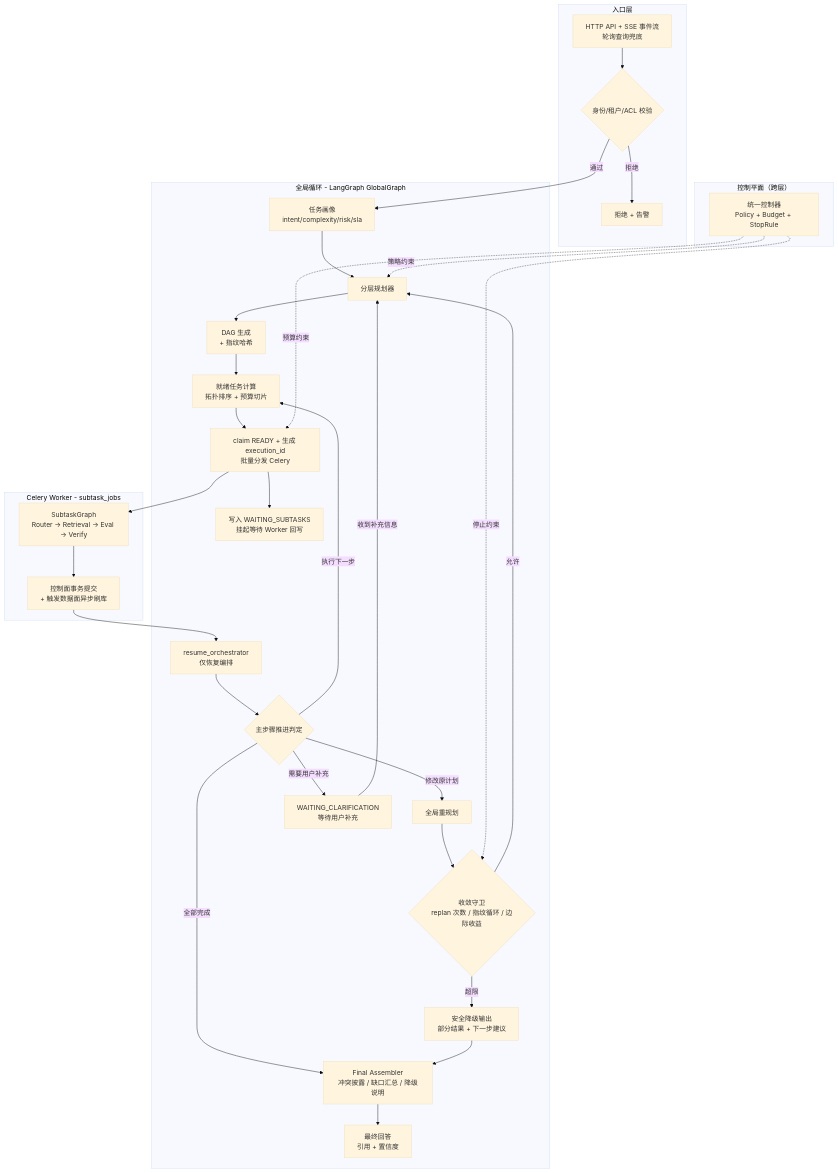
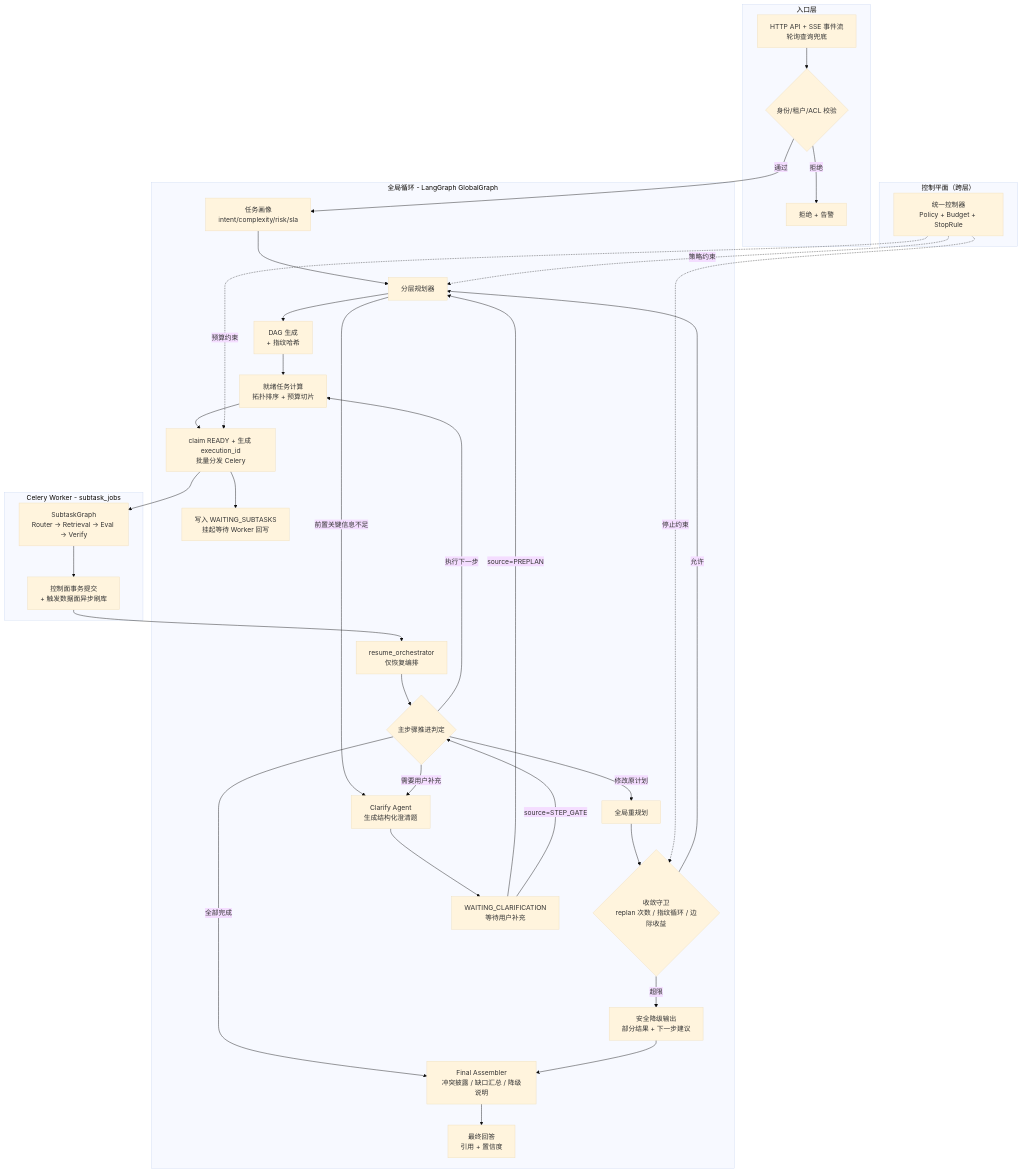
The first of 6 diagrams in src/learning_common_lib/案例/用户AgenticRAG检索/架构设计规划.md (kkk935208447/learning_common_lib), drawn with Mermaid (base theme) before and after one commit. The commit also changed other lines of this file and 1 other file, not shown here.

Commit message:
增加AgenticRAG 用户深度检索案例(multi agent) 文档更新

````diff
--- a/src/learning_common_lib/案例/用户AgenticRAG检索/架构设计规划.md
+++ b/src/learning_common_lib/案例/用户AgenticRAG检索/架构设计规划.md
@@ -48,53 +48,56 @@
 ```mermaid
 flowchart TB
     subgraph EntryLayer["入口层"]
         API["HTTP API + SSE 事件流<br/>轮询查询兜底"]
         Auth{"身份/租户/ACL 校验"}
         Denied["拒绝 + 告警"]
     end
 
     subgraph ControlPlane["控制平面（跨层）"]
         Ctrl["统一控制器<br/>Policy + Budget + StopRule"]
     end
 
     subgraph GlobalLoop["全局循环 - LangGraph GlobalGraph"]
         Intake["任务画像<br/>intent/complexity/risk/sla"]
         Planner["分层规划器"]
+        Clarify["Clarify Agent<br/>生成结构化澄清题"]
         DAG["DAG 生成<br/>+ 指纹哈希"]
         Scheduler["就绪任务计算<br/>拓扑排序 + 预算切片"]
         Executor["claim READY + 生成 execution_id<br/>批量分发 Celery"]
         Pause["写入 WAITING_SUBTASKS<br/>挂起等待 Worker 回写"]
         Resume["resume_orchestrator<br/>仅恢复编排"]
         StepGate{"主步骤推进判定"}
         GlobalReplan["全局重规划"]
         LoopGuard{"收敛守卫<br/>replan 次数 / 指纹循环 / 边际收益"}
         WaitClarify["WAITING_CLARIFICATION<br/>等待用户补充"]
         Finalize["Final Assembler<br/>冲突披露 / 缺口汇总 / 降级说明"]
         Fallback["安全降级输出<br/>部分结果 + 下一步建议"]
         Output["最终回答<br/>引用 + 置信度"]
     end
 
     subgraph WorkerLane["Celery Worker - subtask_jobs"]
         SubtaskGraph["SubtaskGraph<br/>Router -> Retrieval -> Eval -> Verify"]
         Persist["控制面事务提交<br/>+ 触发数据面异步刷库"]
     end
 
     API --> Auth
     Auth -- "拒绝" --> Denied
     Auth -- "通过" --> Intake
     Intake --> Planner --> DAG --> Scheduler
+    Planner -- "前置关键信息不足" --> Clarify --> WaitClarify
+    WaitClarify -- "source=PREPLAN" --> Planner
+    WaitClarify -- "source=STEP_GATE" --> StepGate
     Scheduler --> Executor --> Pause
     Executor --> SubtaskGraph --> Persist --> Resume --> StepGate
     StepGate -- "执行下一步" --> Scheduler
-    StepGate -- "需要用户补充" --> WaitClarify
-    WaitClarify -- "收到补充信息" --> Planner
+    StepGate -- "需要用户补充" --> Clarify
     StepGate -- "修改原计划" --> GlobalReplan
     StepGate -- "全部完成" --> Finalize --> Output
     GlobalReplan --> LoopGuard
     LoopGuard -- "允许" --> Planner
     LoopGuard -- "超限" --> Fallback --> Finalize
 
     Ctrl -. "策略约束" .-> Planner
     Ctrl -. "预算约束" .-> Executor
     Ctrl -. "停止约束" .-> LoopGuard
 ```
````
